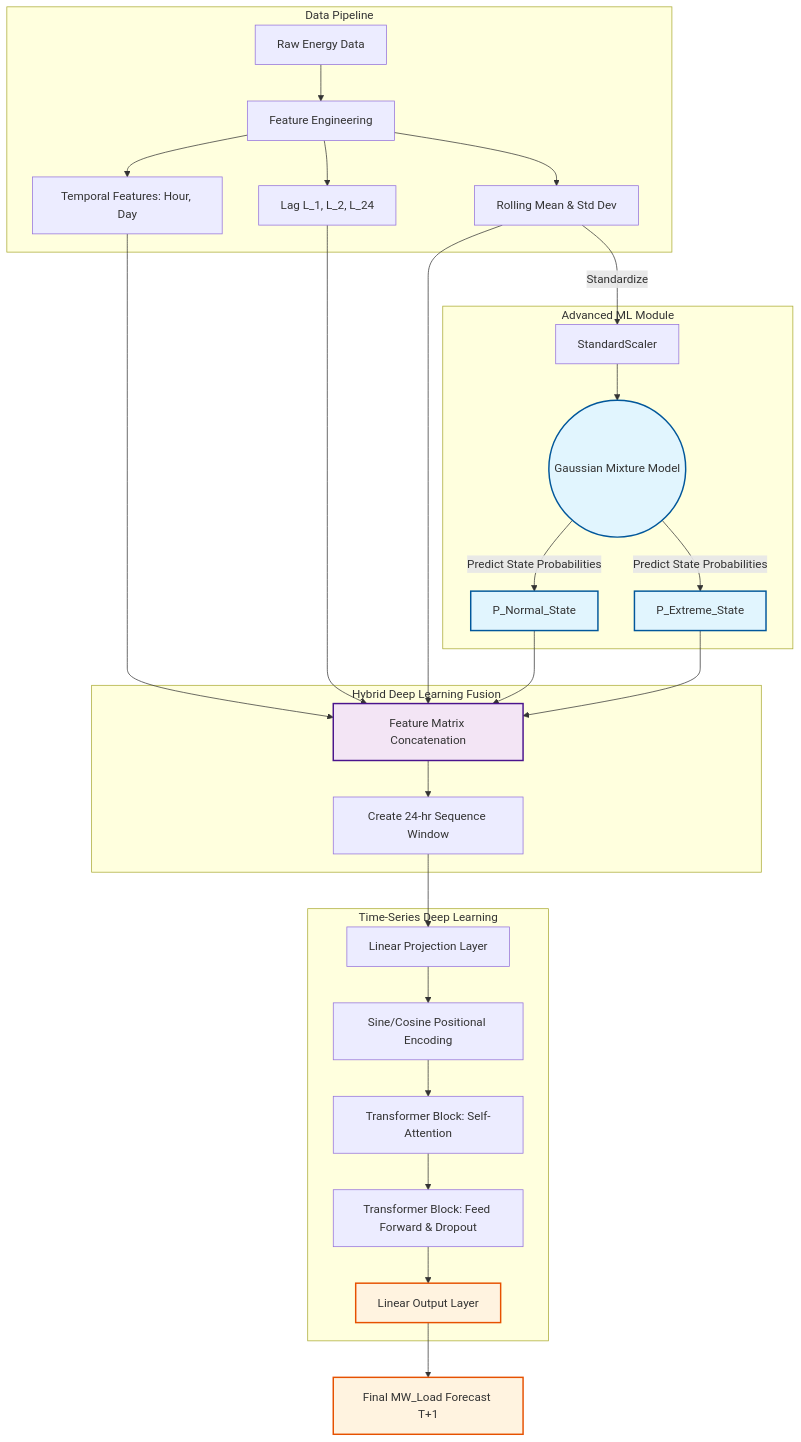
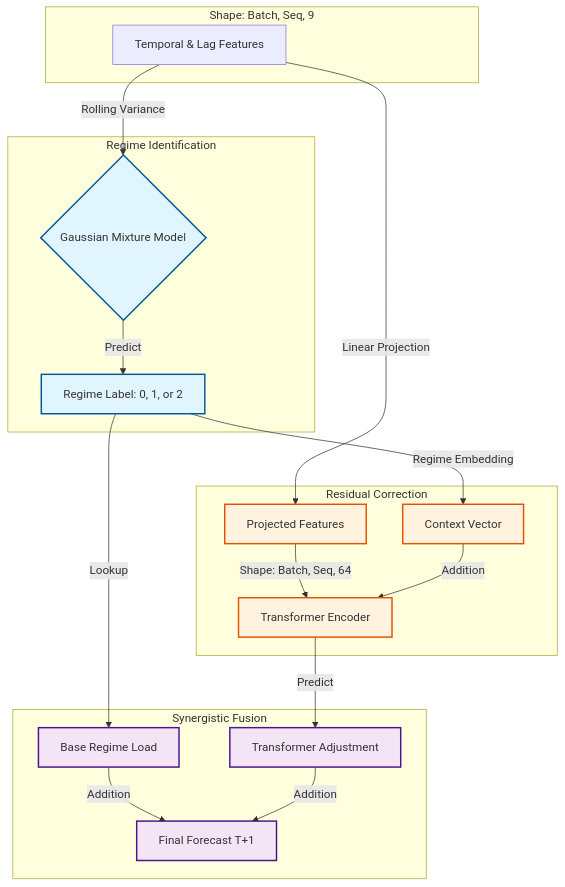
The diagram in reports/Architecture_Diagram.md (SahilS2004/ai-dl-hybrid_temporal_forecaster), drawn with Mermaid before and after one commit. The commit also changed other lines of this file and 2 other files, not shown here.

Commit message:
Revise documentation and add IEEE technical report draft

````diff
--- a/reports/Architecture_Diagram.md
+++ b/reports/Architecture_Diagram.md
@@ -5,48 +5,34 @@
 ```mermaid
 flowchart TD
-    subgraph Data Pipeline
-        Raw[Raw Energy Data] --> F[Feature Engineering]
-        F --> Temporals[Temporal Features: Hour, Day]
-        F --> Lags[Lag L_1, L_2, L_24]
-        F --> Variances[Rolling Mean & Std Dev]
+    subgraph Input Data [Shape: Batch, Seq, 9]
+        Raw[Temporal & Lag Features]
     end
 
-    subgraph Advanced ML Module 
-        Variances -->|Standardize| S[StandardScaler]
-        S --> GMM((Gaussian Mixture Model))
-        GMM -->|Predict State Probabilities| SP1[P_Normal_State]
-        GMM -->|Predict State Probabilities| SP2[P_Extreme_State]
+    subgraph ML Intelligence: GMM [Regime Identification]
+        Raw -->|Rolling Variance| GMM{Gaussian Mixture Model}
+        GMM -->|Predict| R[Regime Label: 0, 1, or 2]
     end
 
-    subgraph Hybrid Deep Learning Fusion
-        Temporals --> Concat[Feature Matrix Concatenation]
-        Lags --> Concat
-        Variances --> Concat
-        SP1 --> Concat
-        SP2 --> Concat
-        
-        Concat --> Seq[Create 24-hr Sequence Window]
+    subgraph DL Engine: Transformer [Residual Correction]
+        Raw -->|Linear Projection| Proj[Projected Features]
+        Proj -->|Shape: Batch, Seq, 64| TEncoder[Transformer Encoder]
+        R -->|Regime Embedding| Emb[Context Vector]
+        Emb -->|Addition| TEncoder
     end
 
-    subgraph Time-Series Deep Learning
-        Seq --> Proj[Linear Projection Layer]
-        Proj --> PE[Sine/Cosine Positional Encoding]
-        
-        PE --> TBlock1[Transformer Block: Self-Attention]
-        TBlock1 --> TBlock2[Transformer Block: Feed Forward & Dropout]
-        
-        TBlock2 --> Out[Linear Output Layer]
+    subgraph Synergistic Fusion
+        R -->|Lookup| Base[Base Regime Load]
+        TEncoder -->|Predict| Adj[Transformer Adjustment]
+        Base -->|Addition| Final[Final Forecast T+1]
+        Adj -->|Addition| Final
     end
 
-    Out --> Final[Final MW_Load Forecast T+1]
+    %% Styles for Rubric Level 5
+    classDef ml fill:#e1f5fe,stroke:#01579b,stroke-width:2px;
+    classDef dl fill:#fff3e0,stroke:#e65100,stroke-width:2px;
+    classDef fusion fill:#f3e5f5,stroke:#4a148c,stroke-width:2px;
 
-    %% Styles
-    classDef prob fill:#e1f5fe,stroke:#01579b,stroke-width:2px;
-    classDef nn fill:#fff3e0,stroke:#e65100,stroke-width:2px;
-    classDef fused fill:#f3e5f5,stroke:#4a148c,stroke-width:2px;
-    
-    class GMM,SP1,SP2 prob;
-    class TBlock1,TBlock2,PE nz;
-    class Out,Final nn;
-    class Concat fused;
+    class GMM,R ml;
+    class TEncoder,Emb,Proj dl;
+    class Base,Adj,Final fusion;
 ```
````
